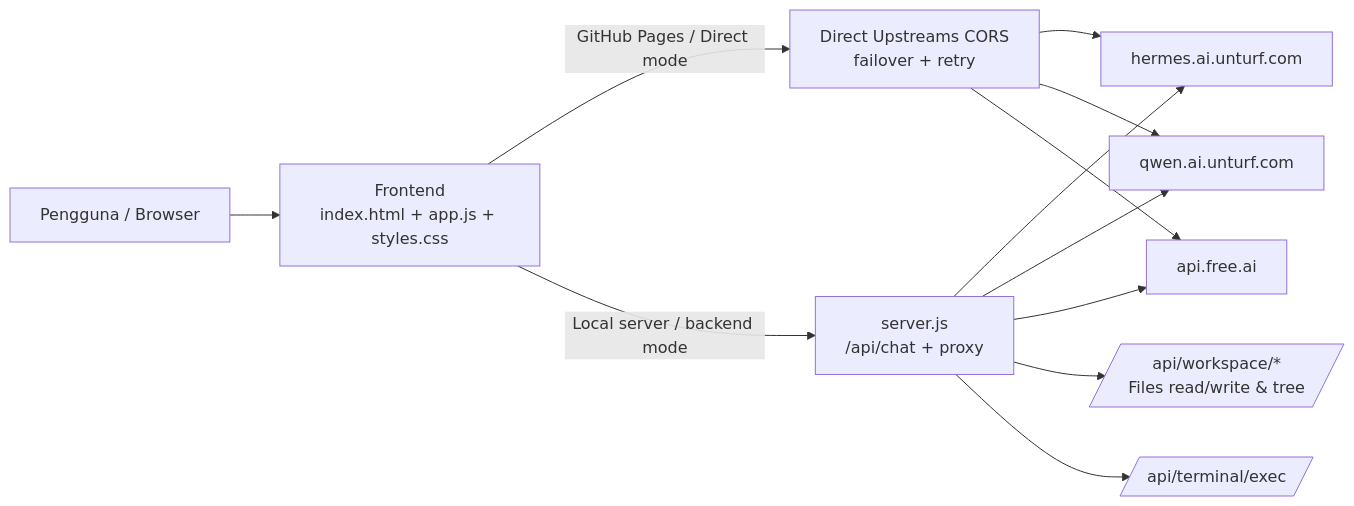
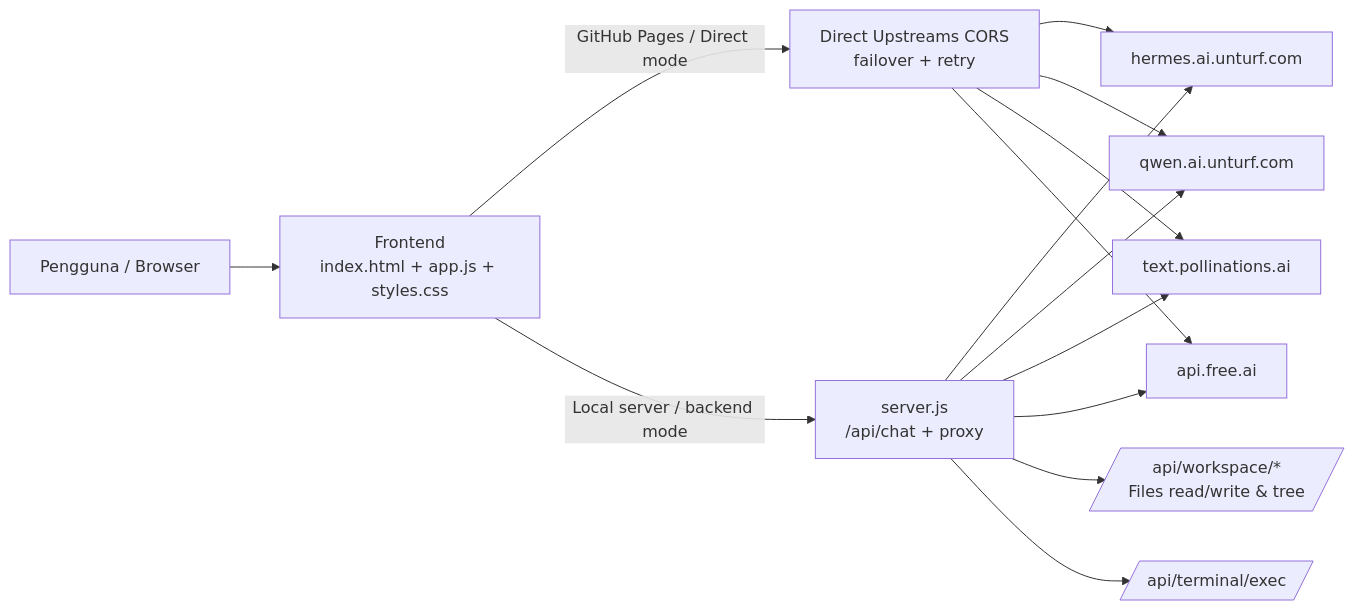
One commit to antonocik/MarbelAIv2 changed the first of 2 diagrams in README.md. Above: the diagram before and after it, drawn with Mermaid. The commit also changed other lines of this file and 2 other files, not shown here.

````diff
--- a/README.md
+++ b/README.md
@@ -54,18 +54,20 @@
 ```mermaid
 flowchart LR
   U[Pengguna / Browser] --> UI[Frontend\nindex.html + app.js + styles.css]
 
   UI -->|GitHub Pages / Direct mode| D[Direct Upstreams CORS\nfailover + retry]
   UI -->|Local server / backend mode| S[server.js\n/api/chat + proxy]
 
   S --> U1[hermes.ai.unturf.com]
   S --> U2[qwen.ai.unturf.com]
-  S --> U3[api.free.ai]
+  S --> U3[text.pollinations.ai]
+  S --> U4[api.free.ai]
 
   D --> U1
   D --> U2
   D --> U3
+  D --> U4
 
   S --> W[/api/workspace/*\nFiles read/write & tree/]
   S --> T[/api/terminal/exec/]
 ```
````
